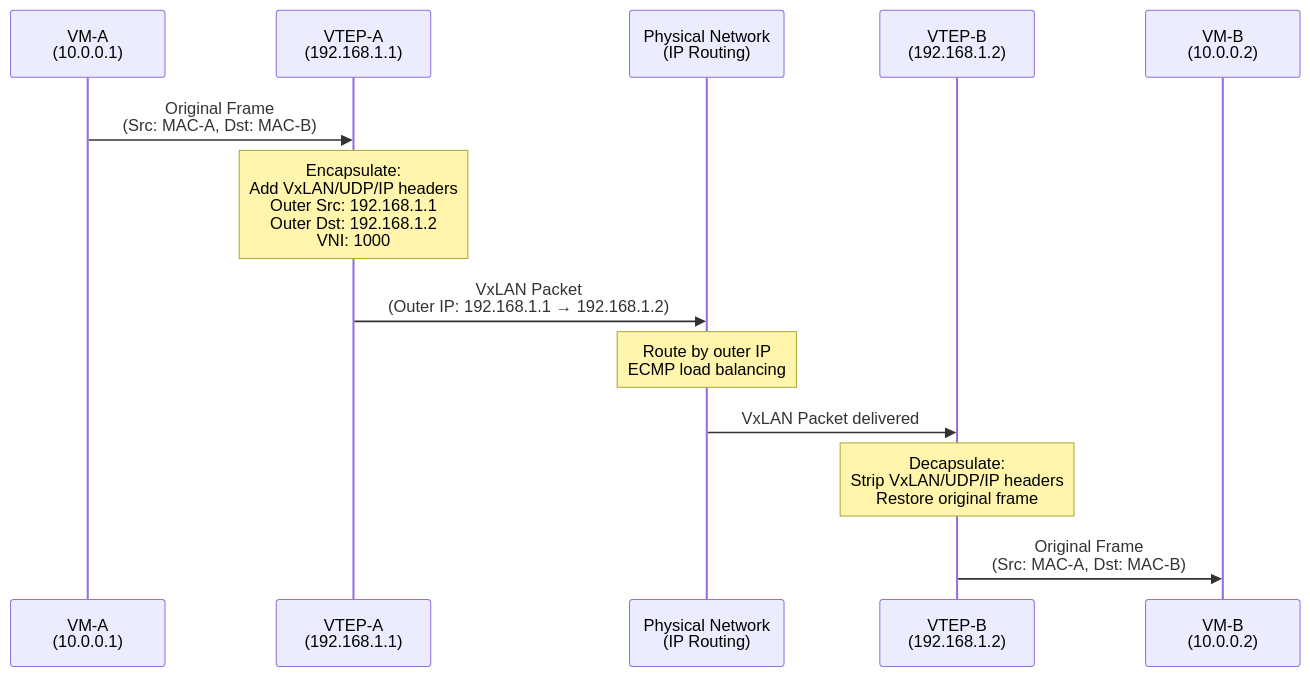
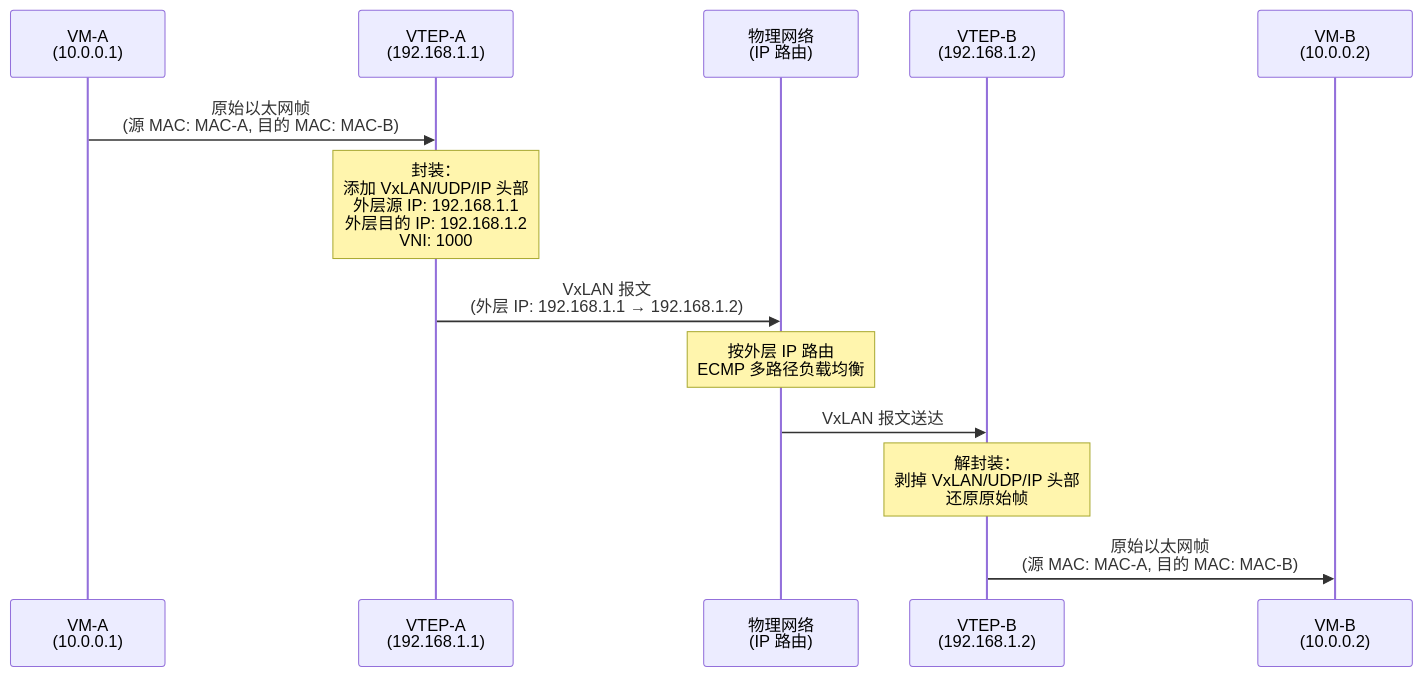
Before and after one commit to caozhiyi/network-book: the first of 3 diagrams in docs/05.给包裹再套一层VxLAN与Overlay网络.md, drawn with Mermaid. The commit also changed other lines of this file and 77 other files, not shown here.

````diff
--- a/docs/05.给包裹再套一层VxLAN与Overlay网络.md
+++ b/docs/05.给包裹再套一层VxLAN与Overlay网络.md
@@ -110,15 +112,15 @@
 ```mermaid
 sequenceDiagram
     participant A as VM-A<br/>(10.0.0.1)
     participant VA as VTEP-A<br/>(192.168.1.1)
-    participant Net as Physical Network<br/>(IP Routing)
+    participant Net as 物理网络<br/>(IP 路由)
     participant VB as VTEP-B<br/>(192.168.1.2)
     participant B as VM-B<br/>(10.0.0.2)
-    A->>VA: Original Frame<br/>(Src: MAC-A, Dst: MAC-B)
-    Note over VA: Encapsulate:<br/>Add VxLAN/UDP/IP headers<br/>Outer Src: 192.168.1.1<br/>Outer Dst: 192.168.1.2<br/>VNI: 1000
-    VA->>Net: VxLAN Packet<br/>(Outer IP: 192.168.1.1 → 192.168.1.2)
-    Note over Net: Route by outer IP<br/>ECMP load balancing
-    Net->>VB: VxLAN Packet delivered
-    Note over VB: Decapsulate:<br/>Strip VxLAN/UDP/IP headers<br/>Restore original frame
-    VB->>B: Original Frame<br/>(Src: MAC-A, Dst: MAC-B)
+    A->>VA: 原始以太网帧<br/>(源 MAC: MAC-A, 目的 MAC: MAC-B)
+    Note over VA: 封装：<br/>添加 VxLAN/UDP/IP 头部<br/>外层源 IP: 192.168.1.1<br/>外层目的 IP: 192.168.1.2<br/>VNI: 1000
+    VA->>Net: VxLAN 报文<br/>(外层 IP: 192.168.1.1 → 192.168.1.2)
+    Note over Net: 按外层 IP 路由<br/>ECMP 多路径负载均衡
+    Net->>VB: VxLAN 报文送达
+    Note over VB: 解封装：<br/>剥掉 VxLAN/UDP/IP 头部<br/>还原原始帧
+    VB->>B: 原始以太网帧<br/>(源 MAC: MAC-A, 目的 MAC: MAC-B)
 ```
````
